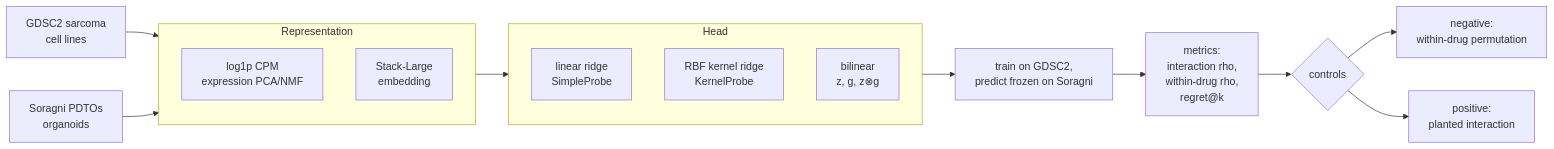
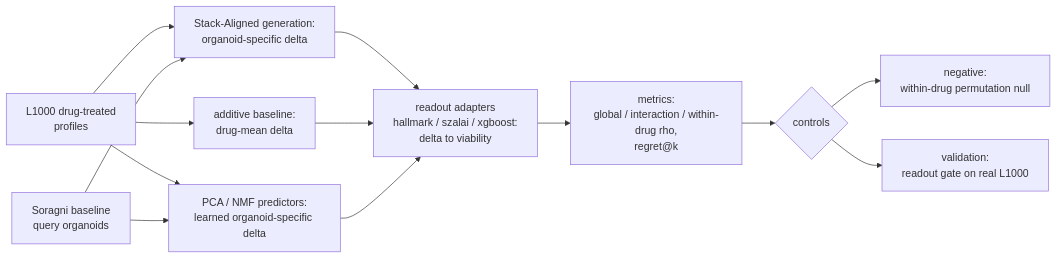
Before and after one commit to lagillenwater/fm-pm-evaluator: the diagram in README.md, drawn with Mermaid. The commit also changed other lines of this file, not shown here.

First line of the commit message:
Reframe README to Stack's generation-mode evaluation

````diff
--- a/README.md
+++ b/README.md
@@ -24,20 +26,15 @@
 ```mermaid
 flowchart LR
-    G[GDSC2 sarcoma<br/>cell lines] --> R
-    S[Soragni PDTOs<br/>organoids] --> R
-    subgraph R[Representation]
-        E[log1p CPM<br/>expression PCA/NMF]
-        K[Stack-Large<br/>embedding]
-    end
-    R --> H
-    subgraph H[Head]
-        L[linear ridge<br/>SimpleProbe]
-        N[RBF kernel ridge<br/>KernelProbe]
-        B[bilinear<br/>z, g, z⊗g]
-    end
-    H --> T[train on GDSC2,<br/>predict frozen on Soragni]
-    T --> M[metrics:<br/>interaction rho,<br/>within-drug rho,<br/>regret@k]
+    L[L1000 drug-treated<br/>profiles] --> GEN[Stack-Aligned generation:<br/>organoid-specific delta]
+    SB[Soragni baseline<br/>query organoids] --> GEN
+    L --> ADD[additive baseline:<br/>drug-mean delta]
+    L --> LRN[PCA / NMF predictors:<br/>learned organoid-specific delta]
+    SB --> LRN
+    GEN --> RO[readout adapters<br/>hallmark / szalai / xgboost:<br/>delta to viability]
+    ADD --> RO
+    LRN --> RO
+    RO --> M[metrics:<br/>global / interaction / within-drug rho,<br/>regret@k]
     M --> C{controls}
-    C --> NEG[negative:<br/>within-drug permutation]
-    C --> POS[positive:<br/>planted interaction]
+    C --> NEG[negative:<br/>within-drug permutation null]
+    C --> POS[validation:<br/>readout gate on real L1000]
 ```
````
